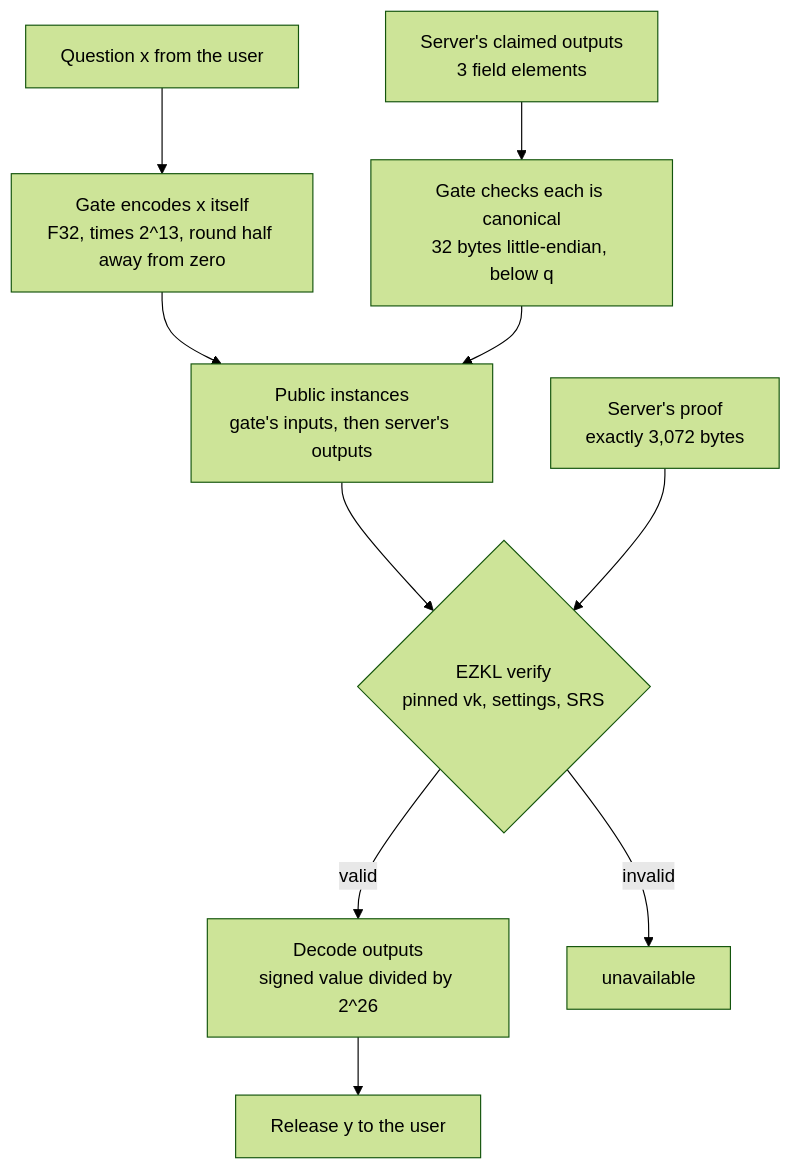
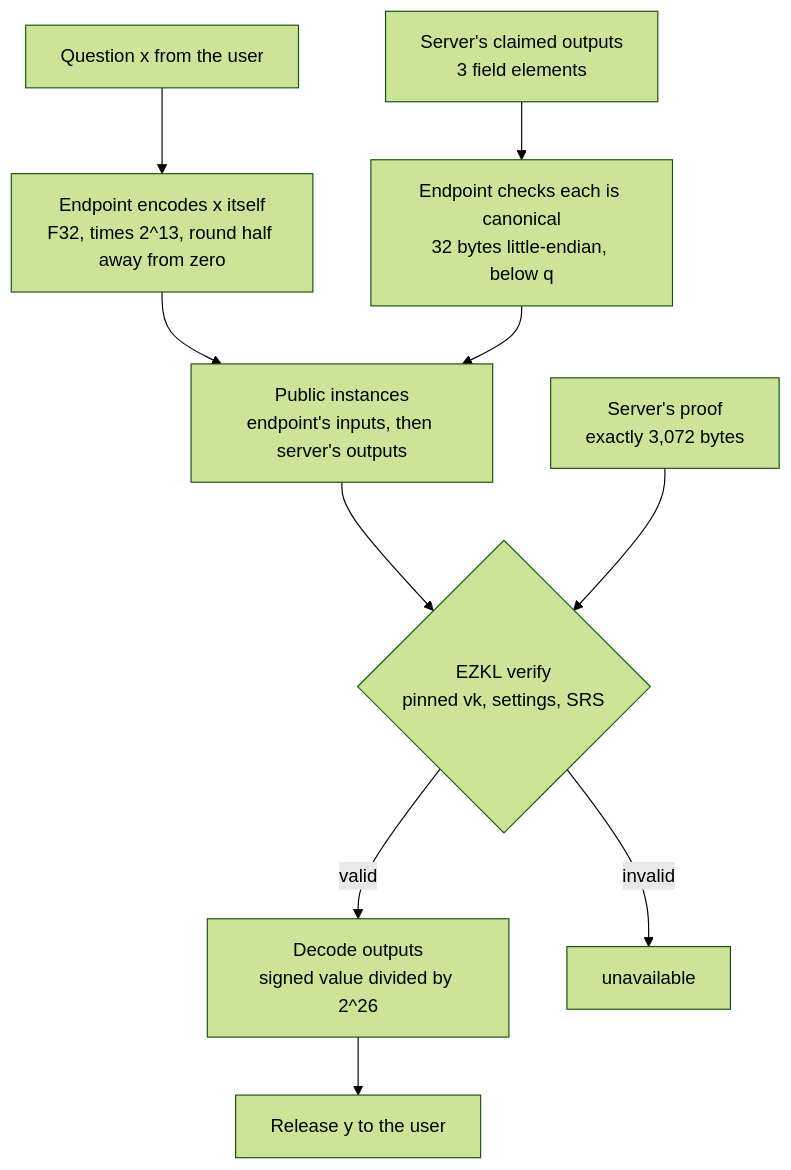
One commit to 0x471/fasr-proof-gated-egress changed the diagram in book/diagrams/binding.mmd. Above: the diagram before and after it, drawn with Mermaid (forest theme). The commit also changed 82 other files, not shown here.

Commit message:
refactor: rename the gate to the endpoint throughout

```diff
--- a/book/diagrams/binding.mmd
+++ b/book/diagrams/binding.mmd
@@ -1,10 +1,10 @@
 flowchart TD
-    X["Question x from the user"] --> E["Gate encodes x itself<br/>F32, times 2^13, round half away from zero"]
-    O["Server's claimed outputs<br/>3 field elements"] --> K["Gate checks each is canonical<br/>32 bytes little-endian, below q"]
-    E --> I["Public instances<br/>gate's inputs, then server's outputs"]
+    X["Question x from the user"] --> E["Endpoint encodes x itself<br/>F32, times 2^13, round half away from zero"]
+    O["Server's claimed outputs<br/>3 field elements"] --> K["Endpoint checks each is canonical<br/>32 bytes little-endian, below q"]
+    E --> I["Public instances<br/>endpoint's inputs, then server's outputs"]
     K --> I
     I --> V{"EZKL verify<br/>pinned vk, settings, SRS"}
     PR["Server's proof<br/>exactly 3,072 bytes"] --> V
     V -->|"valid"| D["Decode outputs<br/>signed value divided by 2^26"]
     V -->|"invalid"| N["unavailable"]
     D --> Y["Release y to the user"]
```
